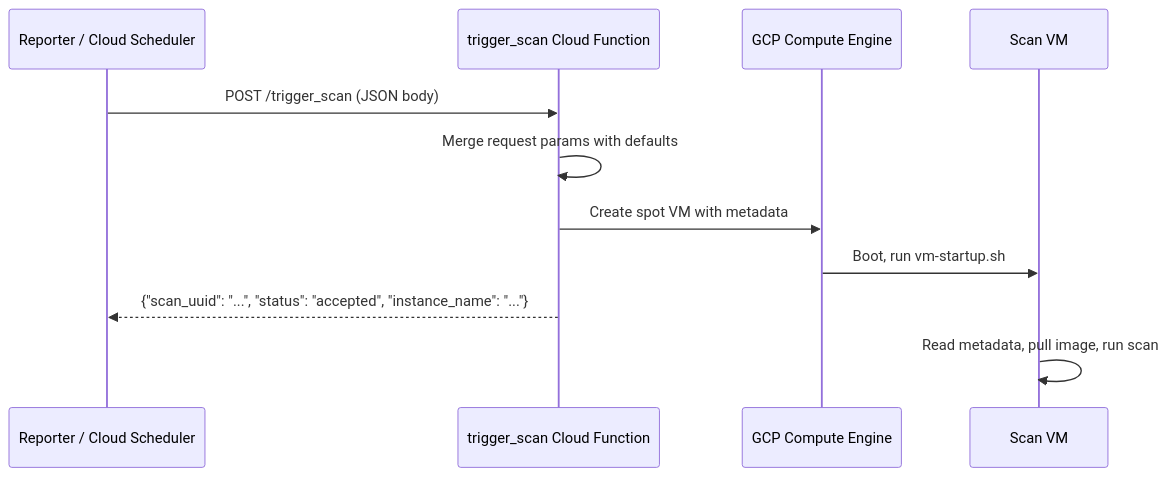
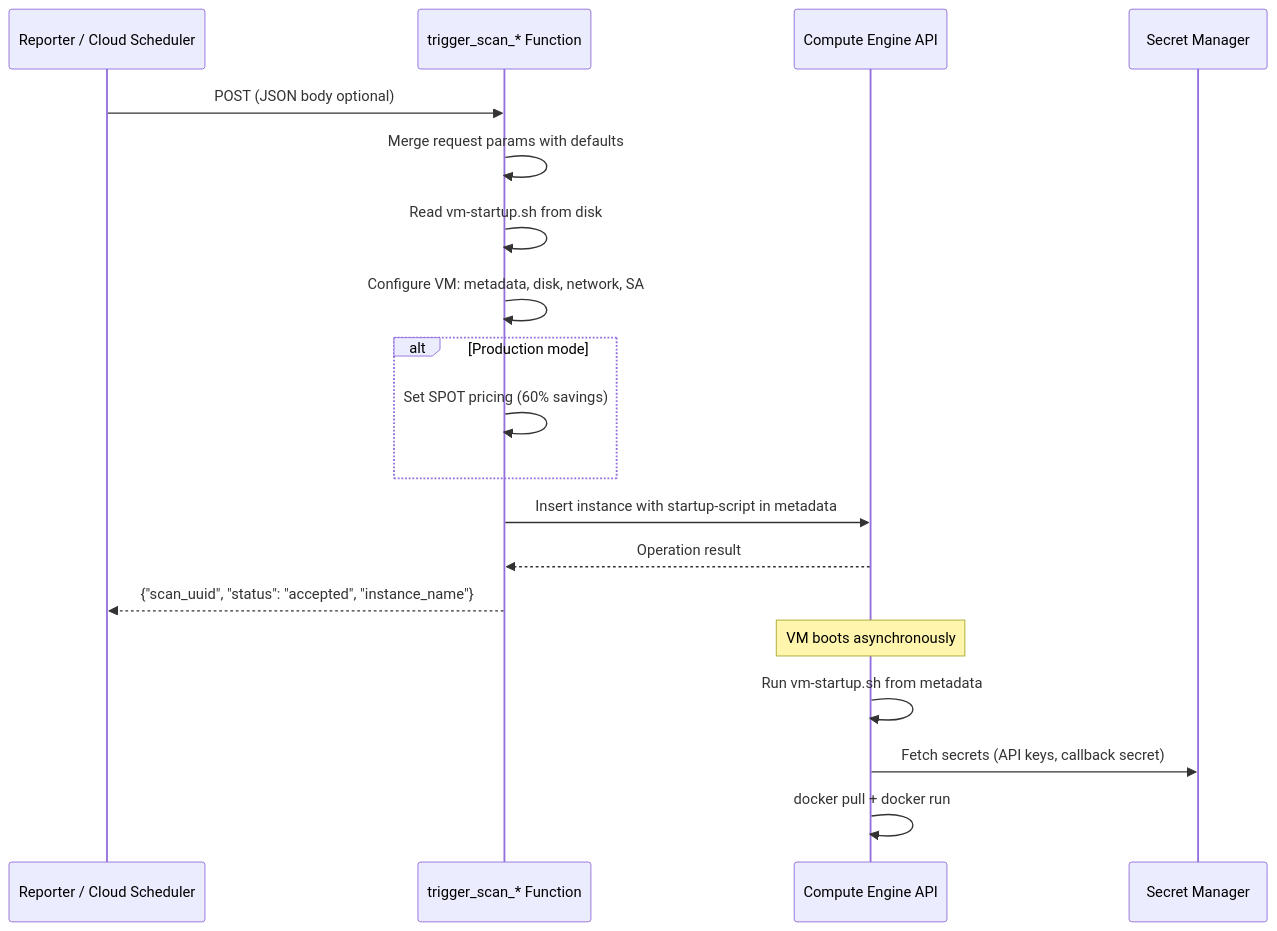
One commit to Peregrine-Technology-Systems/peregrine-penetrator-scanner changed the tenth of 24 diagrams in docs/ARCHITECTURE.md. Above: the diagram before and after it, drawn with Mermaid. The commit also changed other lines of this file and 1 other file, not shown here.

Commit message:
docs: comprehensive architecture documentation with Mermaid diagrams (#621)

````diff
--- a/docs/ARCHITECTURE.md
+++ b/docs/ARCHITECTURE.md
@@ -312,14 +407,25 @@
 ```mermaid
 sequenceDiagram
-    participant R as Reporter / Cloud Scheduler
-    participant CF as trigger_scan Cloud Function
-    participant GCE as GCP Compute Engine
-    participant VM as Scan VM
+    participant Caller as Reporter / Cloud Scheduler
+    participant CF as trigger_scan_* Function
+    participant GCE as Compute Engine API
+    participant SM as Secret Manager
 
-    R->>CF: POST /trigger_scan (JSON body)
+    Caller->>CF: POST (JSON body optional)
     CF->>CF: Merge request params with defaults
-    CF->>GCE: Create spot VM with metadata
-    GCE->>VM: Boot, run vm-startup.sh
-    CF-->>R: {"scan_uuid": "...", "status": "accepted", "instance_name": "..."}
-    VM->>VM: Read metadata, pull image, run scan
+    CF->>CF: Read vm-startup.sh from disk
+    CF->>CF: Configure VM: metadata, disk, network, SA
+
+    alt Production mode
+        CF->>CF: Set SPOT pricing (60% savings)
+    end
+
+    CF->>GCE: Insert instance with startup-script in metadata
+    GCE-->>CF: Operation result
+    CF-->>Caller: {"scan_uuid", "status": "accepted", "instance_name"}
+
+    Note over GCE: VM boots asynchronously
+    GCE->>GCE: Run vm-startup.sh from metadata
+    GCE->>SM: Fetch secrets (API keys, callback secret)
+    GCE->>GCE: docker pull + docker run
 ```
````
